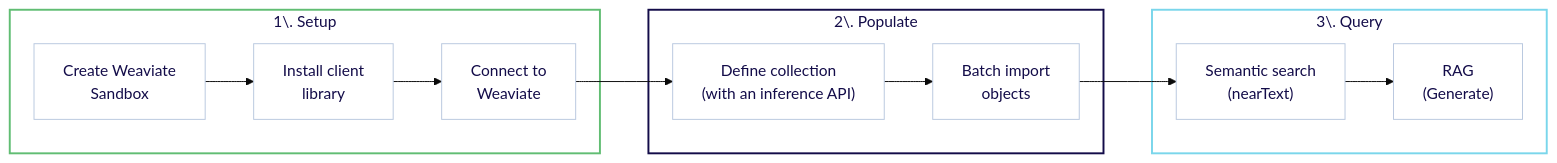
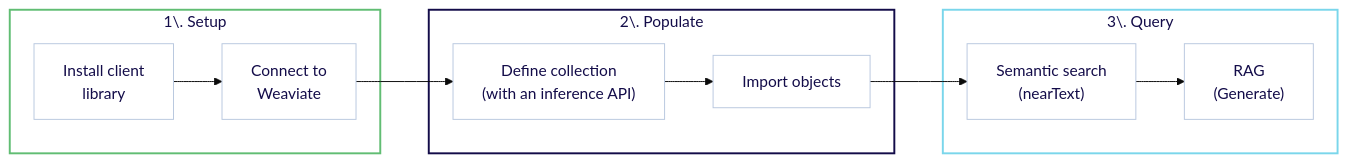
The first of 3 diagrams in docs/weaviate/tutorials/quick-tour-of-weaviate.mdx (weaviate/docs), drawn with Mermaid (base theme) before and after one commit. The commit also changed other lines of this file and 7 other files, not shown here.

````diff
--- a/docs/weaviate/tutorials/quick-tour-of-weaviate.mdx
+++ b/docs/weaviate/tutorials/quick-tour-of-weaviate.mdx
@@ -24,41 +16,38 @@
 ```mermaid
 flowchart LR
     %% Define nodes with white backgrounds and darker borders
-    A1["Create Weaviate<br> Sandbox"] --> A2["Install client<br> library"]
-    A2 --> A3["Connect to<br> Weaviate"]
-    A3 --> B1["Define collection<br> (with an inference API)"]
-    B1 --> B2["Batch import<br> objects"]
+    A1["Install client<br> library"] --> A2["Connect to<br> Weaviate"]
+    A2 --> B1["Define collection<br> (with an inference API)"]
+    B1 --> B2["Import objects"]
     B2 --> C1["Semantic search<br> (nearText)"]
     C1 --> C2["RAG<br> (Generate)"]
 
     %% Group nodes in subgraphs with brand colors
     subgraph sg1 ["1\. Setup"]
         A1
         A2
-        A3
     end
 
     subgraph sg2 ["2\. Populate"]
         B1
         B2
     end
 
     subgraph sg3 ["3\. Query"]
         C1
         C2
     end
 
     %% Style nodes with white background and darker borders
     style A1 fill:#ffffff,stroke:#B9C8DF,color:#130C49
     style A2 fill:#ffffff,stroke:#B9C8DF,color:#130C49
-    style A3 fill:#ffffff,stroke:#B9C8DF,color:#130C49
     style B1 fill:#ffffff,stroke:#B9C8DF,color:#130C49
     style B2 fill:#ffffff,stroke:#B9C8DF,color:#130C49
     style C1 fill:#ffffff,stroke:#B9C8DF,color:#130C49
     style C2 fill:#ffffff,stroke:#B9C8DF,color:#130C49
 
     %% Style subgraphs with brand colors
     style sg1 fill:#ffffff,stroke:#61BD73,stroke-width:2px,color:#130C49
     style sg2 fill:#ffffff,stroke:#130C49,stroke-width:2px,color:#130C49
     style sg3 fill:#ffffff,stroke:#7AD6EB,stroke-width:2px,color:#130C49
 ```
````
